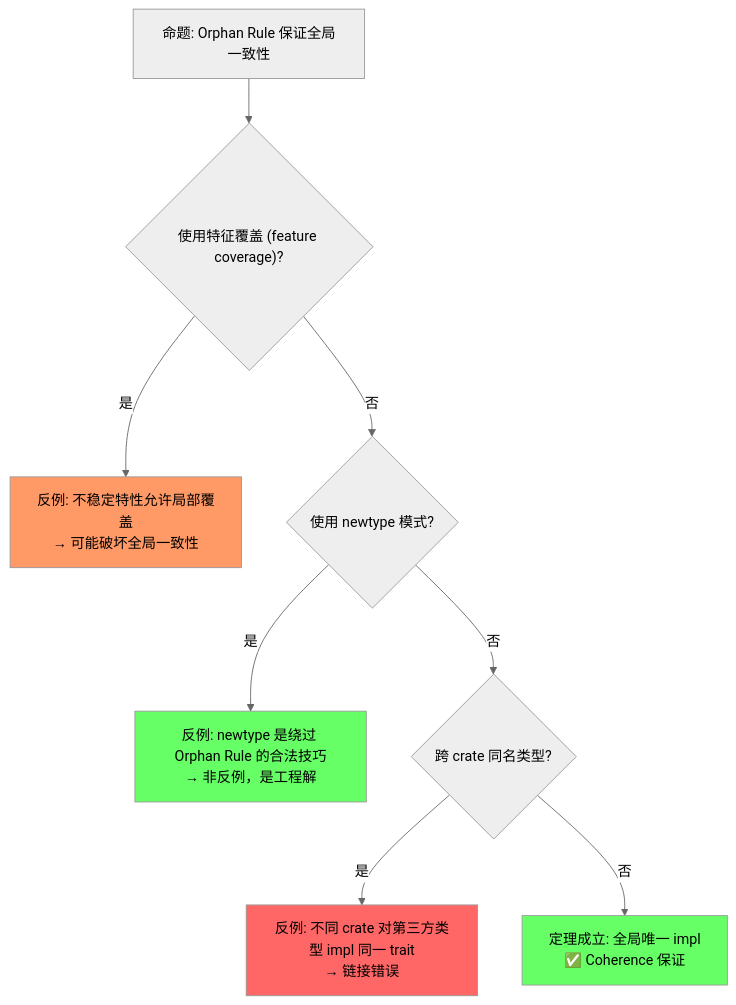
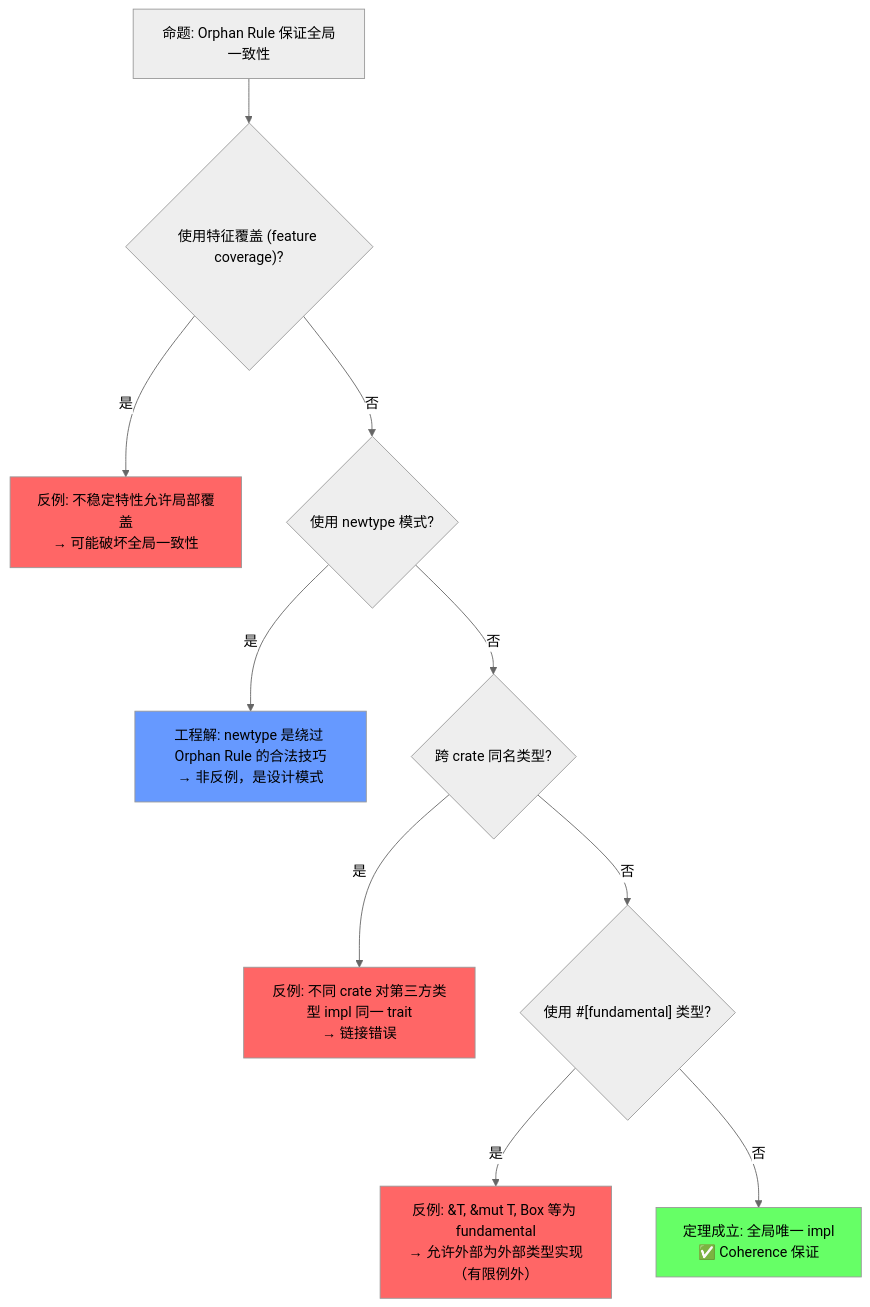
One commit to martin-ly/rust-lang changed the third of 5 diagrams in concept/02_intermediate/01_traits.md. Above: the diagram before and after it, drawn with Mermaid (neutral theme). The commit also changed other lines of this file and 12 other files, not shown here.

````diff
--- a/concept/02_intermediate/01_traits.md
+++ b/concept/02_intermediate/01_traits.md
@@ -367,15 +373,18 @@
 ```mermaid
 graph TD
     P["命题: Orphan Rule 保证全局一致性"] --> Q1{"使用特征覆盖 (feature coverage)?"}
     Q1 -->|是| F1["反例: 不稳定特性允许局部覆盖<br/>→ 可能破坏全局一致性"]
     Q1 -->|否| Q2{"使用 newtype 模式?"}
-    Q2 -->|是| F2["反例: newtype 是绕过 Orphan Rule 的合法技巧<br/>→ 非反例，是工程解"]
+    Q2 -->|是| N1["工程解: newtype 是绕过 Orphan Rule 的合法技巧<br/>→ 非反例，是设计模式"]
     Q2 -->|否| Q3{"跨 crate 同名类型?"}
-    Q3 -->|是| F3["反例: 不同 crate 对第三方类型 impl 同一 trait<br/>→ 链接错误"]
-    Q3 -->|否| T["定理成立: 全局唯一 impl<br/>✅ Coherence 保证"]
+    Q3 -->|是| F2["反例: 不同 crate 对第三方类型 impl 同一 trait<br/>→ 链接错误"]
+    Q3 -->|否| Q4{"使用 #[fundamental] 类型?"}
+    Q4 -->|是| F3["反例: &T, &mut T, Box<T> 等为 fundamental<br/>→ 允许外部为外部类型实现（有限例外）"]
+    Q4 -->|否| T1["定理成立: 全局唯一 impl<br/>✅ Coherence 保证"]
 
-    style F1 fill:#f96
-    style F2 fill:#6f6
+    style F1 fill:#f66
+    style F2 fill:#f66
     style F3 fill:#f66
-    style T fill:#6f6
+    style N1 fill:#69f
+    style T1 fill:#6f6
 ```
````
